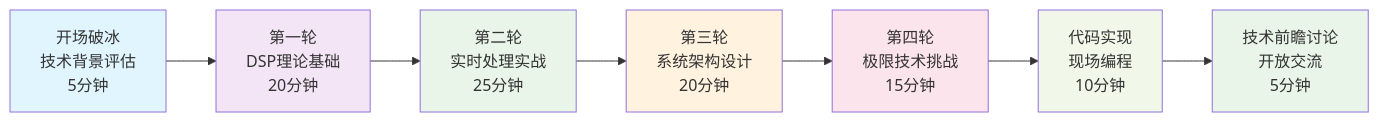
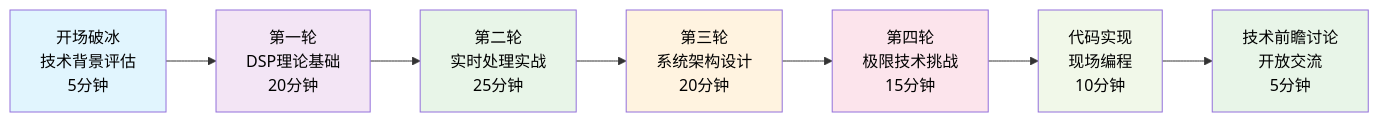
One commit to Dtheme/ohmy408 changed the third of 5 diagrams in ohmy408/datas.bundle/音频开发/1.9c AudioUnit.md. Above: the diagram before and after it, drawn with Mermaid. The commit also changed other lines of this file and 7 other files, not shown here.

````diff
--- a/ohmy408/datas.bundle/音频开发/1.9c AudioUnit.md
+++ b/ohmy408/datas.bundle/音频开发/1.9c AudioUnit.md
@@ -102,17 +102,17 @@
 ```mermaid
 graph LR
     A[开场破冰<br/>技术背景评估<br/>5分钟] --> B[第一轮<br/>DSP理论基础<br/>20分钟]
     B --> C[第二轮<br/>实时处理实战<br/>25分钟] 
     C --> D[第三轮<br/>系统架构设计<br/>20分钟]
     D --> E[第四轮<br/>极限技术挑战<br/>15分钟]
     E --> F[代码实现<br/>现场编程<br/>10分钟]
     F --> G[技术前瞻讨论<br/>开放交流<br/>5分钟]
     
-    style A fill:#e1f5fe
-    style B fill:#f3e5f5
-    style C fill:#e8f5e8
-    style D fill:#fff3e0
-    style E fill:#fce4ec
-    style F fill:#f1f8e9
-    style G fill:#e8f5e8
+    style A fill:#e1f5fe,color:#000
+    style B fill:#f3e5f5,color:#000
+    style C fill:#e8f5e8,color:#000
+    style D fill:#fff3e0,color:#000
+    style E fill:#fce4ec,color:#000
+    style F fill:#f1f8e9,color:#000
+    style G fill:#e8f5e8,color:#000
 ```
````
